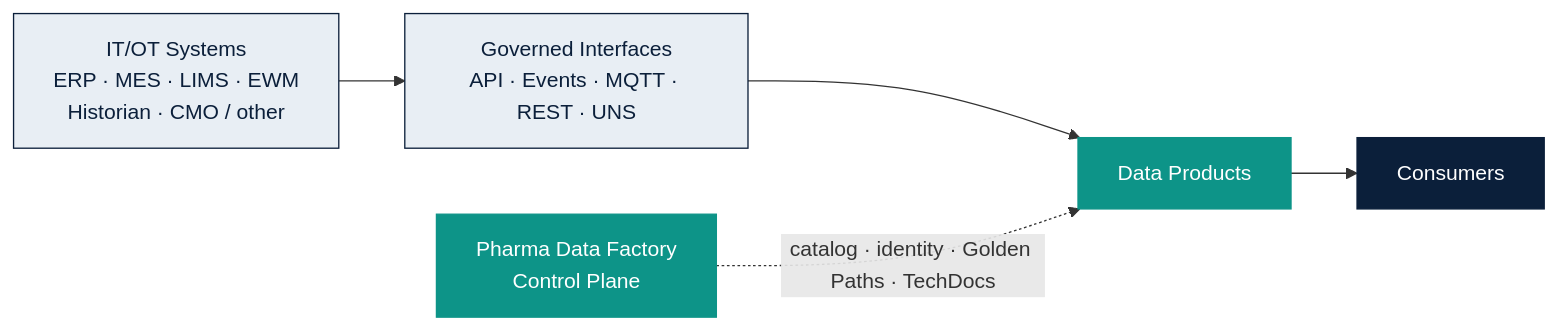
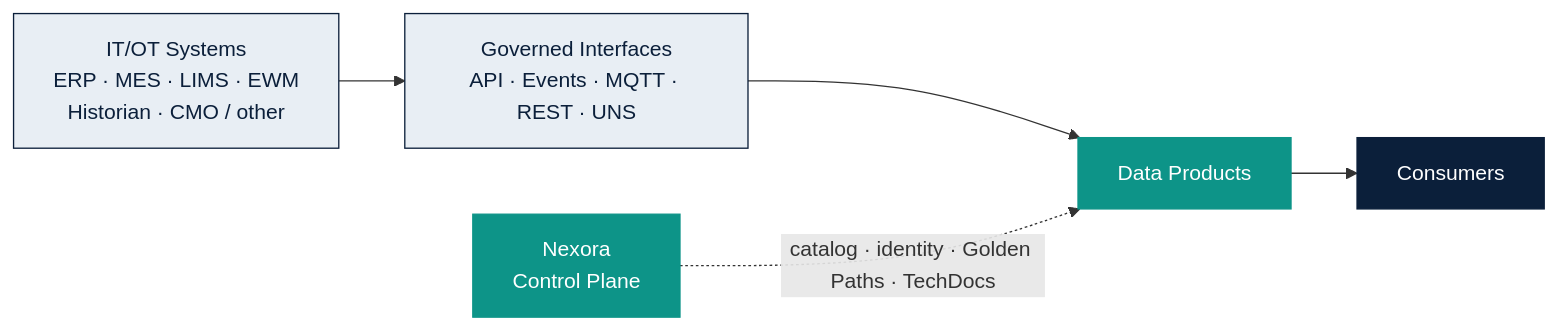
One commit to pharma-data-factory/data-product-platform changed the first of 12 diagrams in docs/architecture/platform.md. Above: the diagram before and after it, drawn with Mermaid. The commit also changed other lines of this file and 180 other files, not shown here.

First line of the commit message:
chore: rename Pharma Data Factory to Nexora and snapshot platform state

````diff
--- a/docs/architecture/platform.md
+++ b/docs/architecture/platform.md
@@ -14,19 +14,19 @@
 ```mermaid
 flowchart LR
   classDef navy fill:#0B1F3A,stroke:#0B1F3A,color:#ffffff
   classDef teal fill:#0D9488,stroke:#0D9488,color:#ffffff
   classDef light fill:#E8EEF4,stroke:#0B1F3A,color:#0B1F3A
 
   ITOT["IT/OT Systems<br/>ERP · MES · LIMS · EWM<br/>Historian · CMO / other"]
   GI["Governed Interfaces<br/>API · Events · MQTT · REST · UNS"]
   DP["Data Products"]
   CONS["Consumers"]
-  CP["Pharma Data Factory<br/>Control Plane"]
+  CP["Nexora<br/>Control Plane"]
 
   ITOT --> GI --> DP --> CONS
   CP -.->|catalog · identity · Golden Paths · TechDocs| DP
 
   class ITOT,GI light
   class DP,CP teal
   class CONS navy
 ```
````
